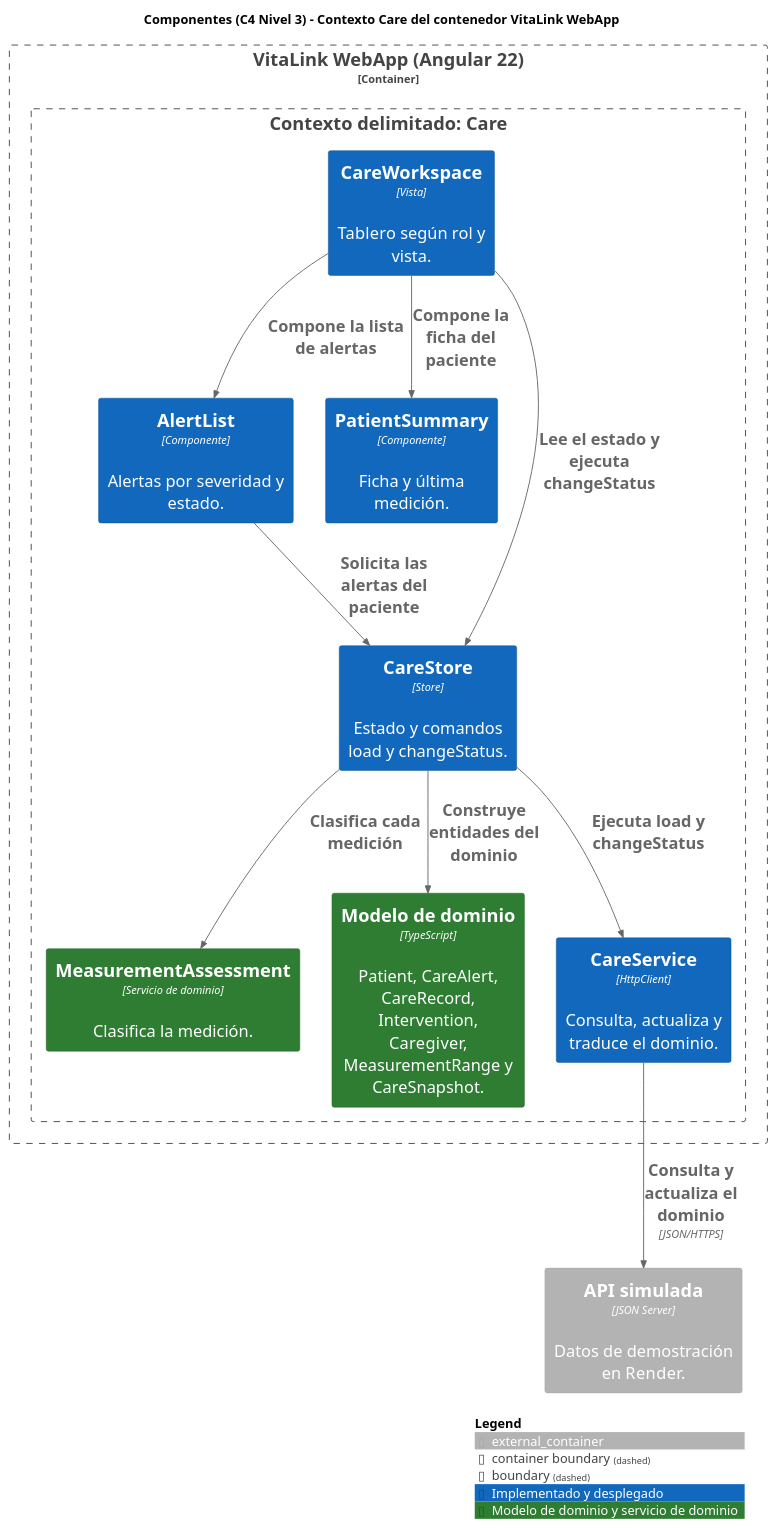
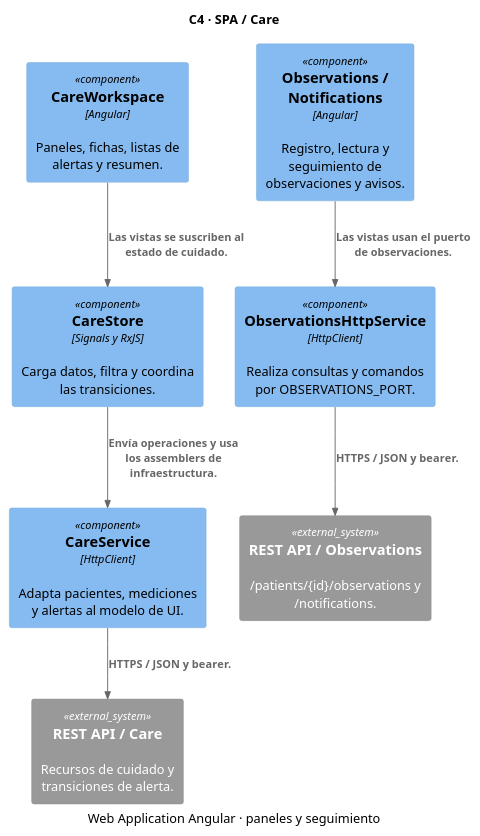
The diagram in assets/diagrams/c4-04-components-care.puml (CodeBrokers-VitaLink/upc-pre-202620-1asi0729-7737-CodeBrokers-Report), drawn with PlantUML before and after one commit. The commit also changed 21 other files, not shown here.

Commit message:
docs(architecture): update C4 diagrams

```diff
--- a/assets/diagrams/c4-04-components-care.puml
+++ b/assets/diagrams/c4-04-components-care.puml
@@ -1,40 +1,18 @@
 @startuml
-' VitaLink - C4 Nivel 3: Componentes del contenedor VitaLink WebApp - contexto Care
-' Referencia en el informe: 4.6.4 Software Architecture Component Diagrams
-' Estado reflejado: componentes realmente implementados en el front-end Angular.
-
 !include <C4/C4_Component>
-skinparam defaultFontSize 18
-
-AddElementTag("implementado", $bgColor="#1168BD", $fontColor="#FFFFFF", $borderColor="#0B4F8A", $legendText="Implementado y desplegado")
-AddElementTag("dominio", $bgColor="#2E7D32", $fontColor="#FFFFFF", $borderColor="#1B5E20", $legendText="Modelo de dominio y servicio de dominio")
-AddRelTag("planificado", $textColor="#7A7A7A", $lineColor="#7A7A7A", $lineStyle=Dashed)
-
-title Componentes (C4 Nivel 3) - Contexto Care del contenedor VitaLink WebApp
-
-Container_Boundary(spa, "VitaLink WebApp (Angular 22)") {
-
-    Boundary(care, "Contexto delimitado: Care") {
-        Component(workspace, "CareWorkspace", "Vista", "Tablero según rol y vista.", $tags="implementado")
-        Component(alertlist, "AlertList", "Componente", "Alertas por severidad y estado.", $tags="implementado")
-        Component(summary, "PatientSummary", "Componente", "Ficha y última medición.", $tags="implementado")
-        Component(carestore, "CareStore", "Store", "Estado y comandos load y changeStatus.", $tags="implementado")
-        Component(assessment, "MeasurementAssessment", "Servicio de dominio", "Clasifica la medición.", $tags="dominio")
-        Component(model, "Modelo de dominio", "TypeScript", "Patient, CareAlert, CareRecord, Intervention, Caregiver, MeasurementRange y CareSnapshot.", $tags="dominio")
-        Component(careservice, "CareService", "HttpClient", "Consulta, actualiza y traduce el dominio.", $tags="implementado")
-    }
-}
-
-Container_Ext(fakeapi, "API simulada", "JSON Server", "Datos de demostración en Render.")
-
-Rel(workspace, carestore, "Lee el estado y ejecuta changeStatus")
-Rel(workspace, alertlist, "Compone la lista de alertas")
-Rel(workspace, summary, "Compone la ficha del paciente")
-Rel(alertlist, carestore, "Solicita las alertas del paciente")
-Rel(carestore, assessment, "Clasifica cada medición")
-Rel(carestore, model, "Construye entidades del dominio")
-Rel(carestore, careservice, "Ejecuta load y changeStatus")
-Rel(careservice, fakeapi, "Consulta y actualiza el dominio", "JSON/HTTPS")
-
-SHOW_LEGEND()
+title C4 · SPA / Care
+caption Web Application Angular · paneles y seguimiento
+skinparam shadowing false
+Component(workspace, "CareWorkspace", "Angular", "Paneles, fichas, listas de alertas y resumen.")
+Component(notes, "Observations / Notifications", "Angular", "Registro, lectura y seguimiento de observaciones y avisos.")
+Component(store, "CareStore", "Signals y RxJS", "Carga datos, filtra y coordina las transiciones.")
+Component(adapter, "ObservationsHttpService", "HttpClient", "Realiza consultas y comandos por OBSERVATIONS_PORT.")
+Component(care, "CareService", "HttpClient", "Adapta pacientes, mediciones y alertas al modelo de UI.")
+System_Ext(obsApi, "REST API / Observations", "/patients/{id}/observations y /notifications.")
+System_Ext(api, "REST API / Care", "Recursos de cuidado y transiciones de alerta.")
+Rel(workspace, store, "Las vistas se suscriben al estado de cuidado.")
+Rel(notes, adapter, "Las vistas usan el puerto de observaciones.")
+Rel(store, care, "Envía operaciones y usa los assemblers de infraestructura.")
+Rel(adapter, obsApi, "HTTPS / JSON y bearer.")
+Rel(care, api, "HTTPS / JSON y bearer.")
 @enduml
```
